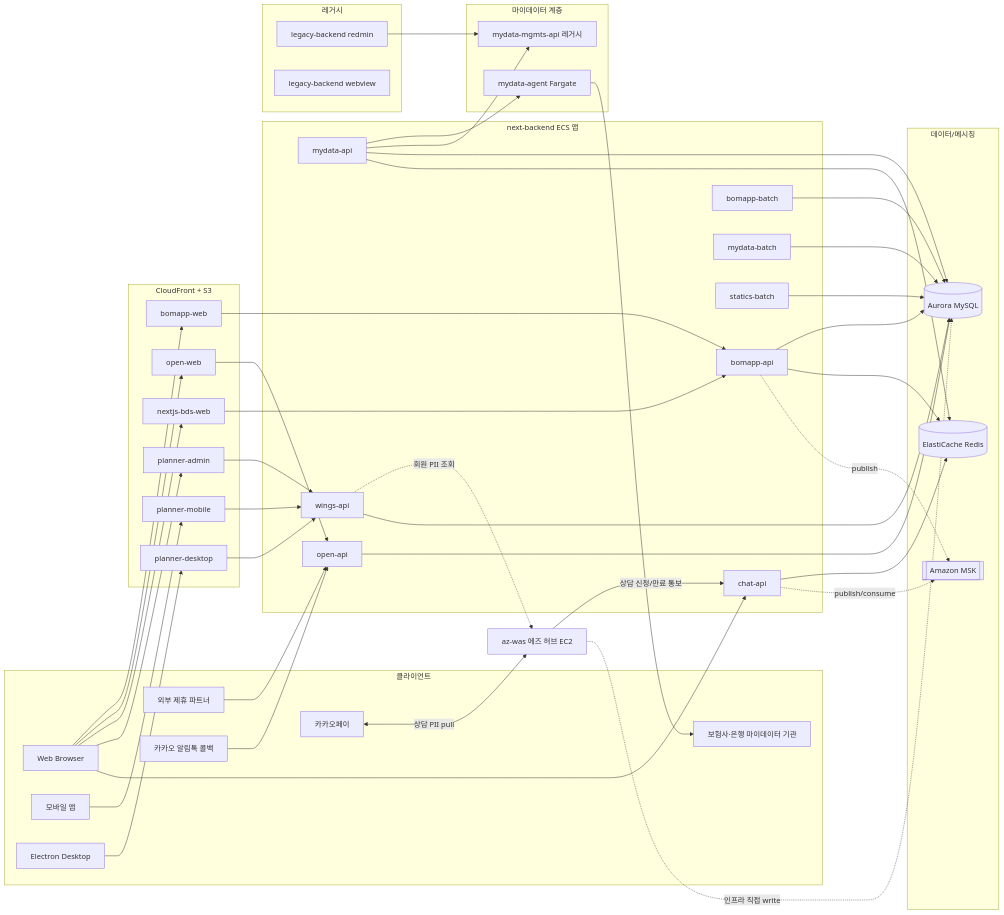
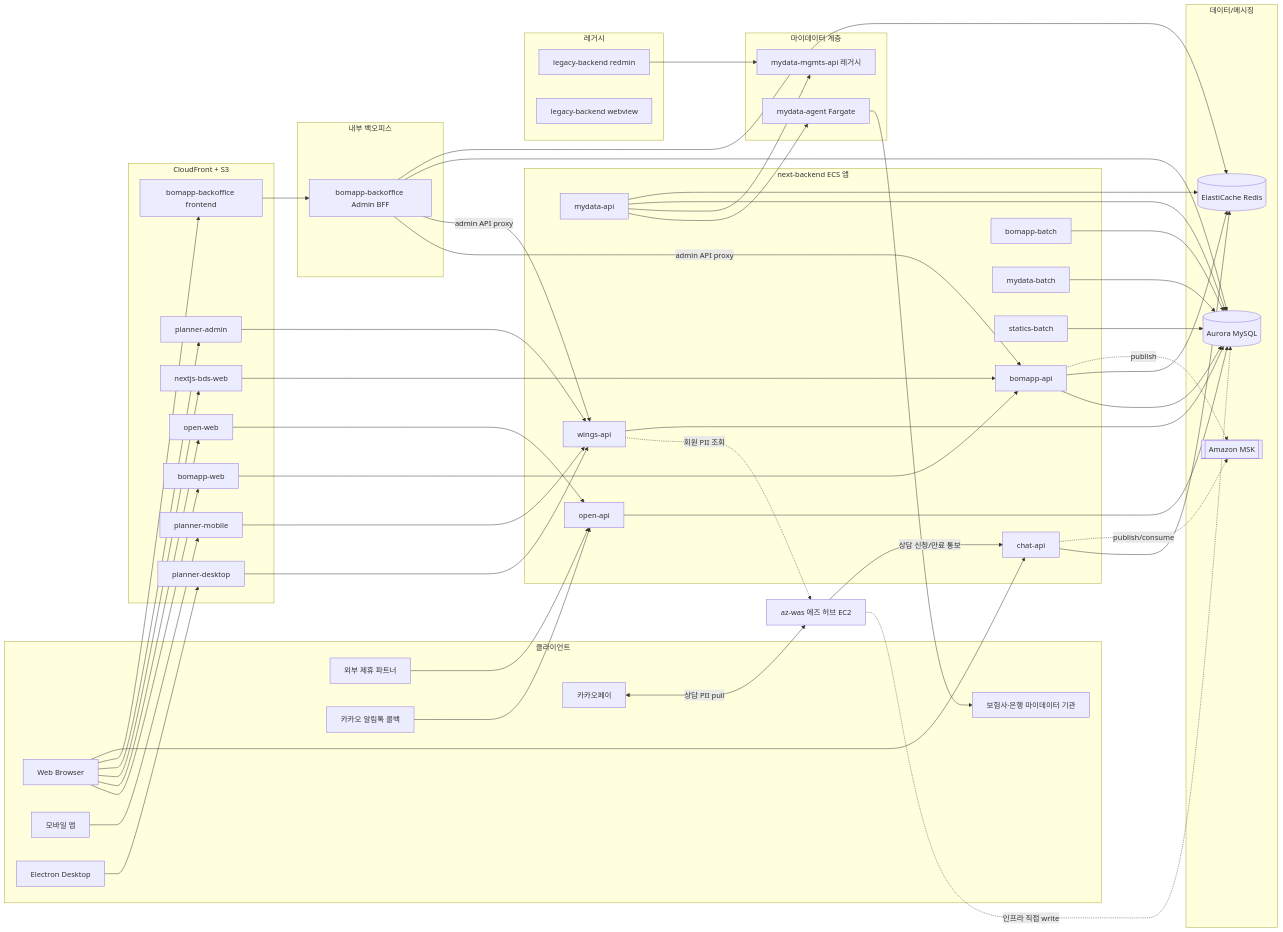
Before and after one commit to justin-fnx/overmind: the diagram in docs/architecture.md, drawn with Mermaid. The commit also changed other lines of this file and 13 other files, not shown here.

```diff
--- a/docs/architecture.md
+++ b/docs/architecture.md
@@ -168,6 +169,7 @@
     planner_mobile[planner-mobile]
     planner_desktop_app[planner-desktop]
     planner_admin[planner-admin]
+    backoffice_front[bomapp-backoffice frontend]
   end
 
   subgraph NextBackend[next-backend ECS 앱]
@@ -191,6 +193,10 @@
     legacy_webview[legacy-backend webview]
   end
 
+  subgraph Backoffice[내부 백오피스]
+    backoffice_bff[bomapp-backoffice Admin BFF]
+  end
+
   subgraph DataPlane[데이터/메시징]
     Aurora[(Aurora MySQL)]
     Redis[(ElastiCache Redis)]
@@ -203,6 +209,7 @@
   Mobile --> planner_mobile --> wings_api
   Desktop --> planner_desktop_app --> wings_api
   Browser --> planner_admin --> wings_api
+  Browser --> backoffice_front --> backoffice_bff
   Browser --> chat_api
 
   Partners --> open_api
@@ -216,6 +223,8 @@
   mydata_api --> mydata_agent --> InsOrgs
   mydata_api --> legacy_mydata
   legacy_redmin --> legacy_mydata
+  backoffice_bff -->|admin API proxy| bomapp_api
+  backoffice_bff -->|admin API proxy| wings_api
 
   bomapp_api --> Aurora
   bomapp_api --> Redis
@@ -226,6 +235,8 @@
   mydata_api --> Redis
   open_api --> Aurora
   wings_api --> Aurora
+  backoffice_bff --> Aurora
+  backoffice_bff --> Redis
 
   bomapp_batch --> Aurora
   mydata_batch --> Aurora
```
